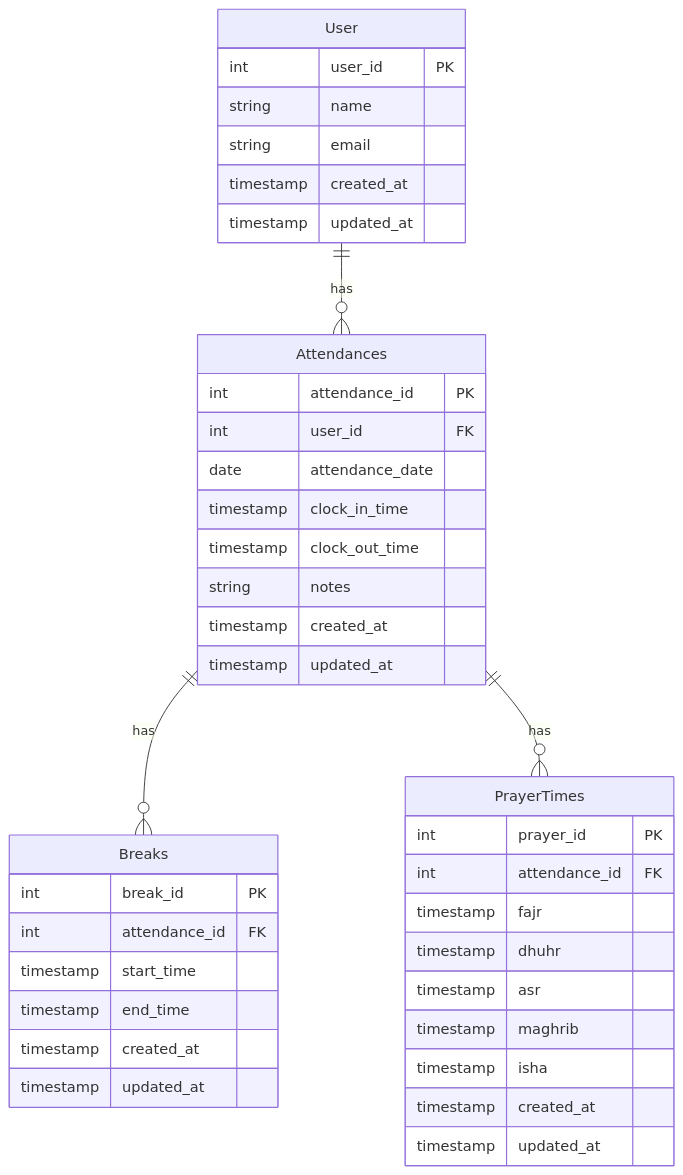
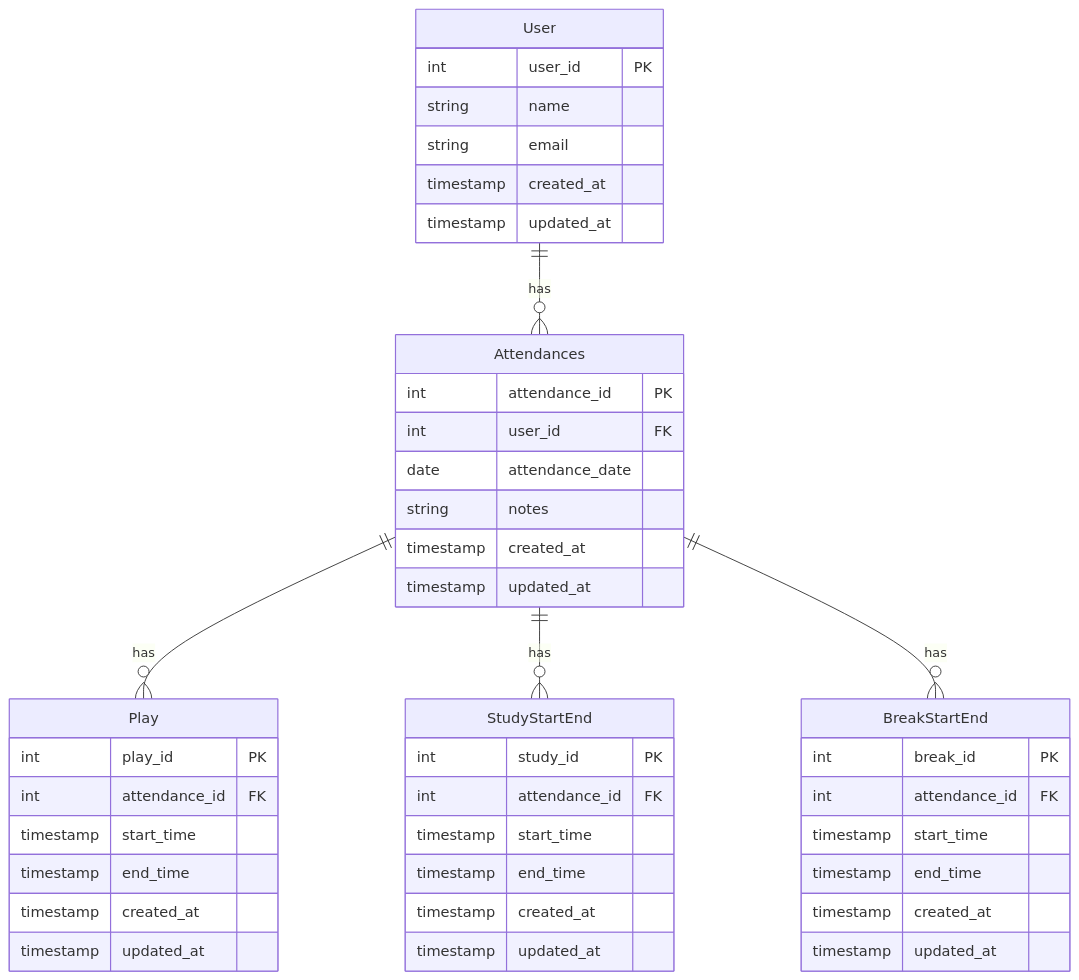
The diagram in samples/er.md (yoshimi-I/AttendanceApp), drawn with Mermaid before and after one commit. The commit also changed 1 other file, not shown here.

Commit message:
fix: データベースの設計の修正

````diff
--- a/samples/er.md
+++ b/samples/er.md
@@ -1,47 +1,52 @@
 ```mermaid
 erDiagram
     User ||--o{ Attendances : "has"
-    Attendances ||--o{ Breaks : "has"
-    Attendances ||--o{ PrayerTimes : "has"
+    Attendances ||--o{ Play : "has"
+    Attendances ||--o{ StudyStartEnd : "has"
+    Attendances ||--o{ BreakStartEnd : "has"
 
     User {
         int user_id PK
         string name
         string email
         timestamp created_at
         timestamp updated_at
     }
 
     Attendances {
         int attendance_id PK
         int user_id FK
         date attendance_date
-        timestamp clock_in_time
-        timestamp clock_out_time
         string notes
         timestamp created_at
         timestamp updated_at
     }
 
-    Breaks {
+    Play {
+        int play_id PK
+        int attendance_id FK
+        timestamp start_time
+        timestamp end_time
+        timestamp created_at
+        timestamp updated_at
+    }
+
+    StudyStartEnd {
+        int study_id PK
+        int attendance_id FK
+        timestamp start_time
+        timestamp end_time
+        timestamp created_at
+        timestamp updated_at
+    }
+
+    BreakStartEnd {
         int break_id PK
         int attendance_id FK
         timestamp start_time
         timestamp end_time
         timestamp created_at
         timestamp updated_at
     }
 
-    PrayerTimes {
-        int prayer_id PK
-        int attendance_id FK
-        timestamp fajr
-        timestamp dhuhr
-        timestamp asr
-        timestamp maghrib
-        timestamp isha
-        timestamp created_at
-        timestamp updated_at
-    }
-
 ```
````
